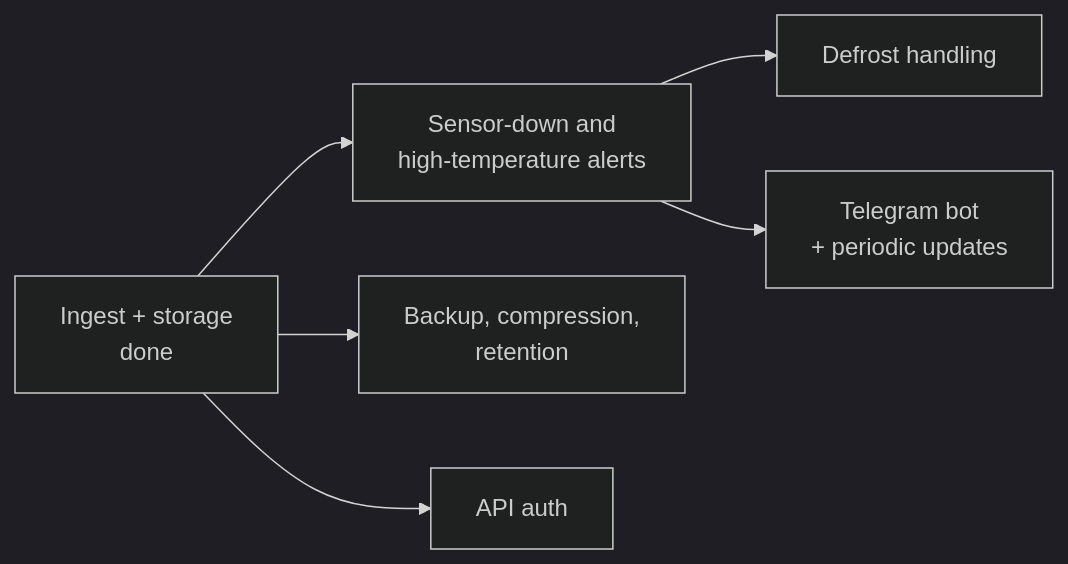
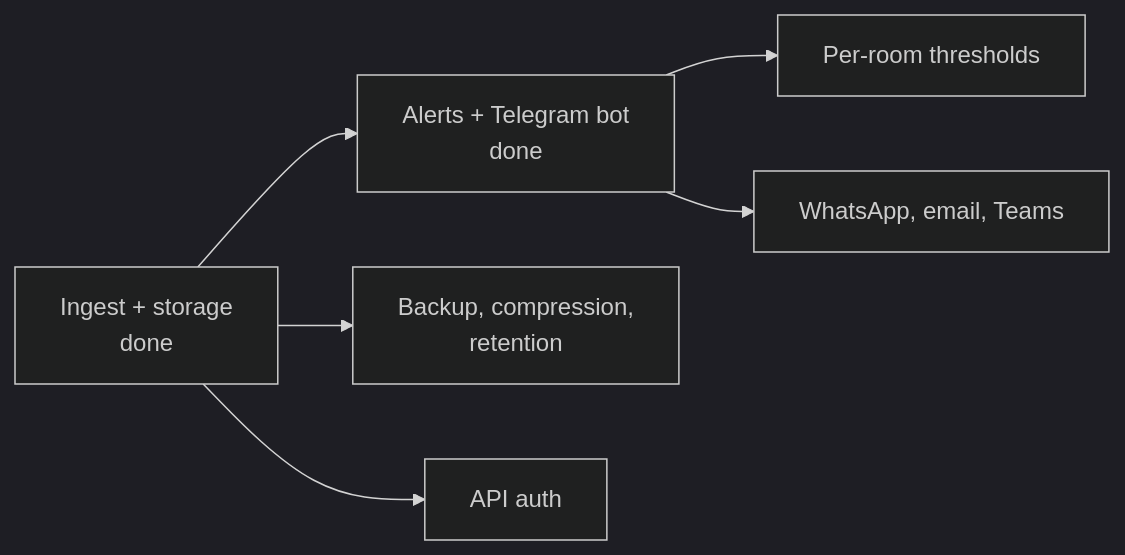
Before and after one commit to chewterence/LamkeeColdwatch: the third of 3 diagrams in README.md, drawn with Mermaid (dark theme). The commit also changed other lines of this file and 12 other files, not shown here.

````diff
--- a/README.md
+++ b/README.md
@@ -113,8 +145,8 @@
 ```mermaid
 flowchart LR
-    A["Ingest + storage<br/>done"] --> B["Sensor-down and<br/>high-temperature alerts"]
-    B --> C["Defrost handling"]
-    B --> D["Telegram bot<br/>+ periodic updates"]
+    A["Ingest + storage<br/>done"] --> B["Alerts + Telegram bot<br/>done"]
+    B --> C["Per-room thresholds"]
+    B --> D["WhatsApp, email, Teams"]
     A --> E["Backup, compression,<br/>retention"]
     A --> F["API auth"]
 ```
````
